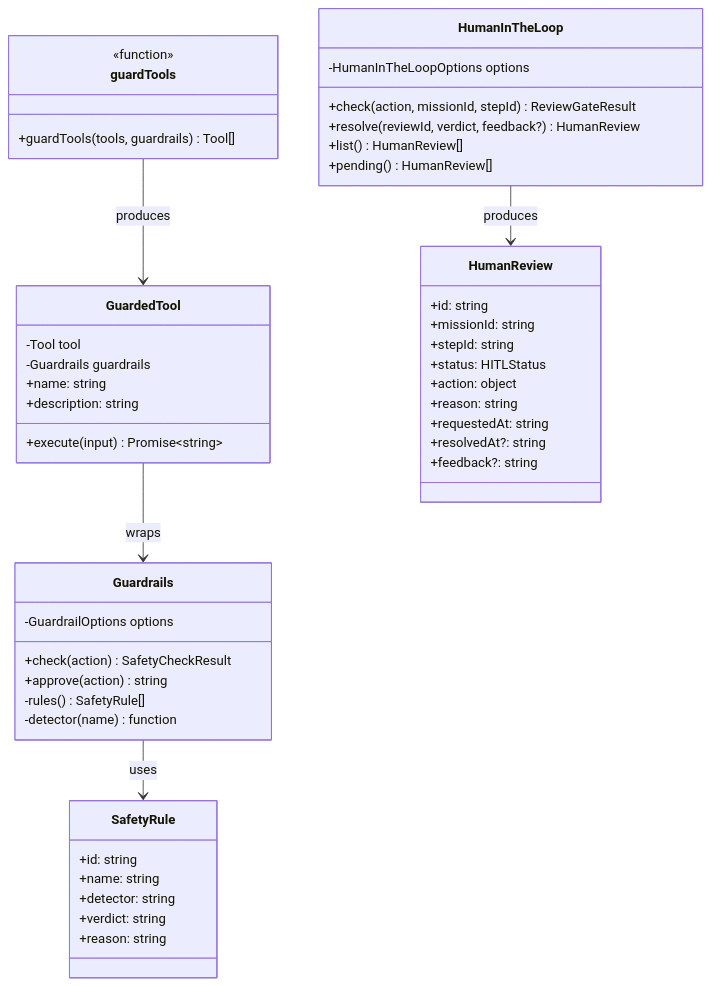
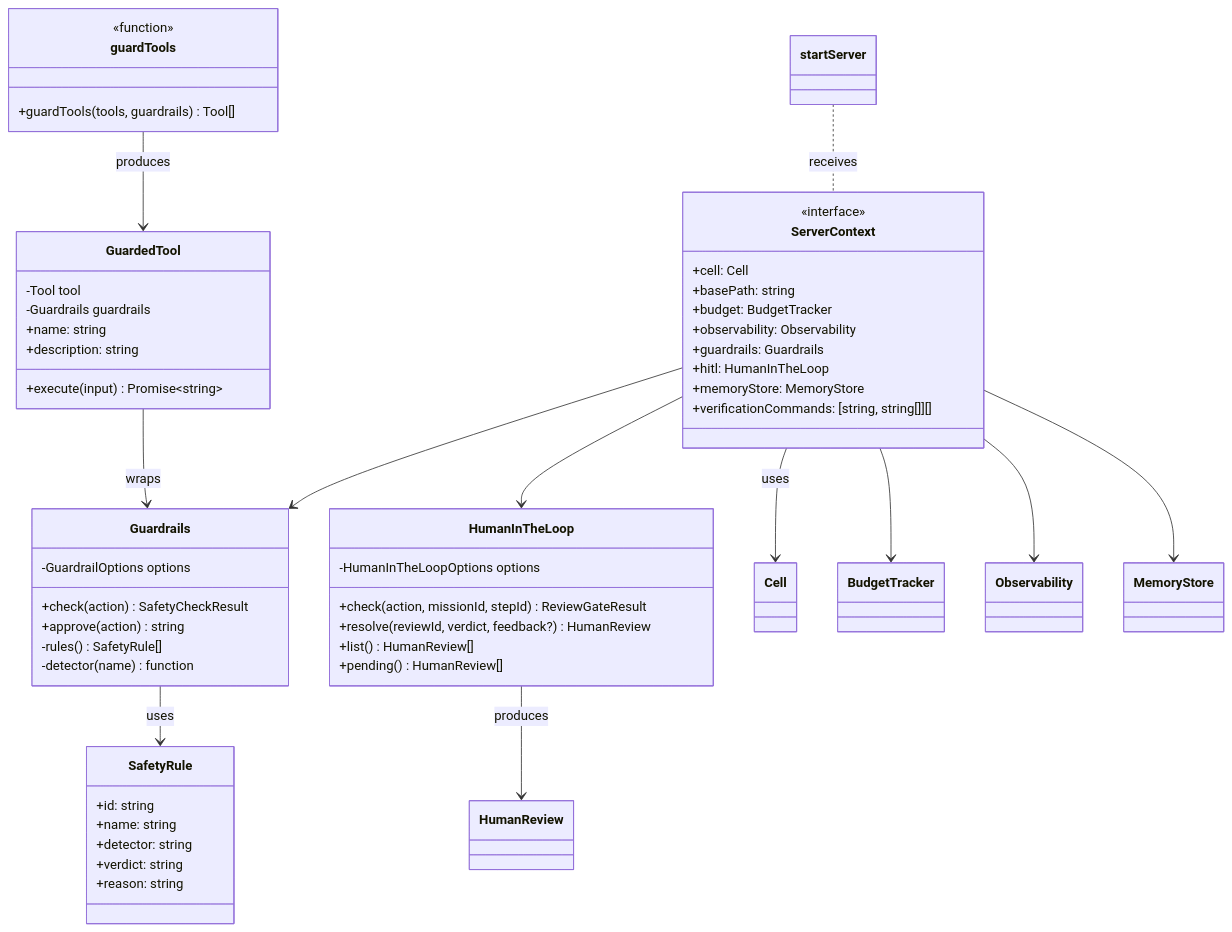
The fifth of 8 diagrams in docs/CLASS_DIAGRAMS.md (rajataijarvis-coder/build-long-running-cell), drawn with Mermaid before and after one commit. The commit also changed other lines of this file and 1 other file, not shown here.

Commit message:
P2.3: review and update sequence and class diagrams for current code

````diff
--- a/docs/CLASS_DIAGRAMS.md
+++ b/docs/CLASS_DIAGRAMS.md
@@ -360,56 +403,64 @@
 ```mermaid
 classDiagram
     class Guardrails {
         -GuardrailOptions options
         +check(action) SafetyCheckResult
         +approve(action) string
         -rules() SafetyRule[]
         -detector(name) function
     }
 
     class GuardedTool {
         -Tool tool
         -Guardrails guardrails
         +name: string
         +description: string
         +execute(input) Promise~string~
     }
 
     class guardTools {
         <<function>>
         +guardTools(tools, guardrails) Tool[]
     }
 
     class SafetyRule {
         +id: string
         +name: string
         +detector: string
         +verdict: string
         +reason: string
     }
 
     class HumanInTheLoop {
         -HumanInTheLoopOptions options
         +check(action, missionId, stepId) ReviewGateResult
         +resolve(reviewId, verdict, feedback?) HumanReview
         +list() HumanReview[]
         +pending() HumanReview[]
     }
 
-    class HumanReview {
-        +id: string
-        +missionId: string
-        +stepId: string
-        +status: HITLStatus
-        +action: object
-        +reason: string
-        +requestedAt: string
-        +resolvedAt?: string
-        +feedback?: string
+    class ServerContext {
+        <<interface>>
+        +cell: Cell
+        +basePath: string
+        +budget: BudgetTracker
+        +observability: Observability
+        +guardrails: Guardrails
+        +hitl: HumanInTheLoop
+        +memoryStore: MemoryStore
+        +verificationCommands: [string, string[]][]
     }
+
+    startServer .. ServerContext : receives
+    ServerContext --> Cell : uses
+    ServerContext --> BudgetTracker
+    ServerContext --> Observability
+    ServerContext --> Guardrails
+    ServerContext --> HumanInTheLoop
+    ServerContext --> MemoryStore
 
     Guardrails --> SafetyRule : uses
     GuardedTool --> Guardrails : wraps
     guardTools --> GuardedTool : produces
     HumanInTheLoop --> HumanReview : produces
 ```
````
